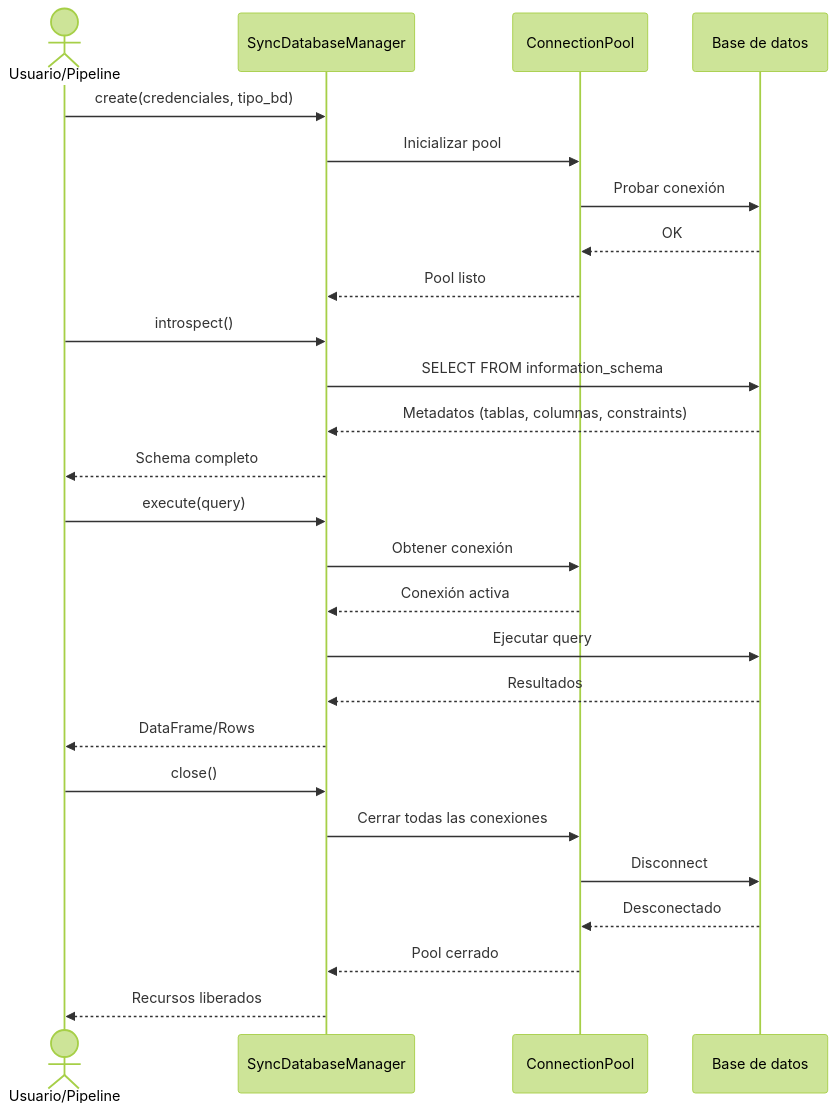
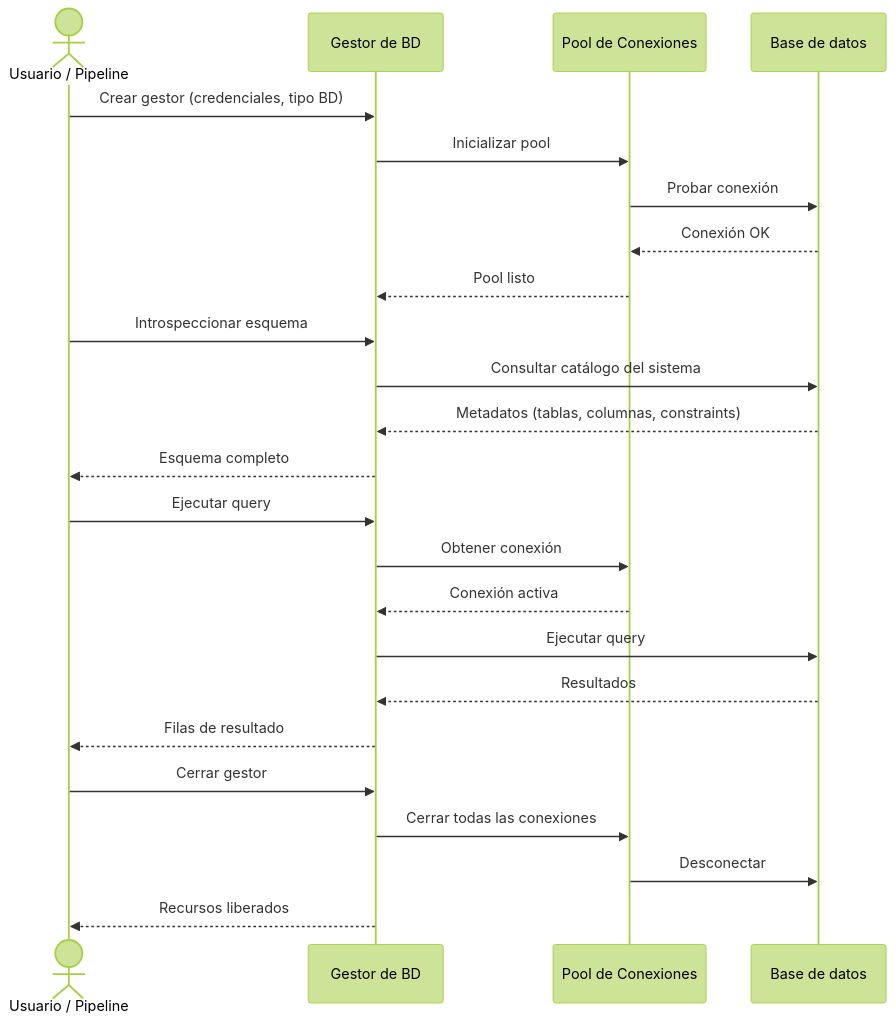
Before and after one commit to fmanza/util_bbdd: the diagram in docs/functional/managers-sync-session-lifecycle.md, drawn with Mermaid (forest theme). The commit also changed other lines of this file and 117 other files, not shown here.

````diff
--- a/docs/functional/managers-sync-session-lifecycle.md
+++ b/docs/functional/managers-sync-session-lifecycle.md
@@ -21,32 +31,30 @@
 ```mermaid
 sequenceDiagram
-    actor User as Usuario/Pipeline
-    participant Manager as SyncDatabaseManager
-    participant Pool as ConnectionPool
+    actor User as Usuario / Pipeline
+    participant Manager as Gestor de BD
+    participant Pool as Pool de Conexiones
     participant DB as Base de datos
 
-    User->>Manager: create(credenciales, tipo_bd)
+    User->>Manager: Crear gestor (credenciales, tipo BD)
     Manager->>Pool: Inicializar pool
     Pool->>DB: Probar conexión
-    DB-->>Pool: OK
+    DB-->>Pool: Conexión OK
     Pool-->>Manager: Pool listo
 
-    User->>Manager: introspect()
-    Manager->>DB: SELECT FROM information_schema
+    User->>Manager: Introspeccionar esquema
+    Manager->>DB: Consultar catálogo del sistema
     DB-->>Manager: Metadatos (tablas, columnas, constraints)
-    Manager-->>User: Schema completo
+    Manager-->>User: Esquema completo
 
-    User->>Manager: execute(query)
+    User->>Manager: Ejecutar query
     Manager->>Pool: Obtener conexión
     Pool-->>Manager: Conexión activa
     Manager->>DB: Ejecutar query
     DB-->>Manager: Resultados
-    Manager-->>User: DataFrame/Rows
+    Manager-->>User: Filas de resultado
 
-    User->>Manager: close()
+    User->>Manager: Cerrar gestor
     Manager->>Pool: Cerrar todas las conexiones
-    Pool->>DB: Disconnect
-    DB-->>Pool: Desconectado
-    Pool-->>Manager: Pool cerrado
+    Pool->>DB: Desconectar
     Manager-->>User: Recursos liberados
 ```
````
